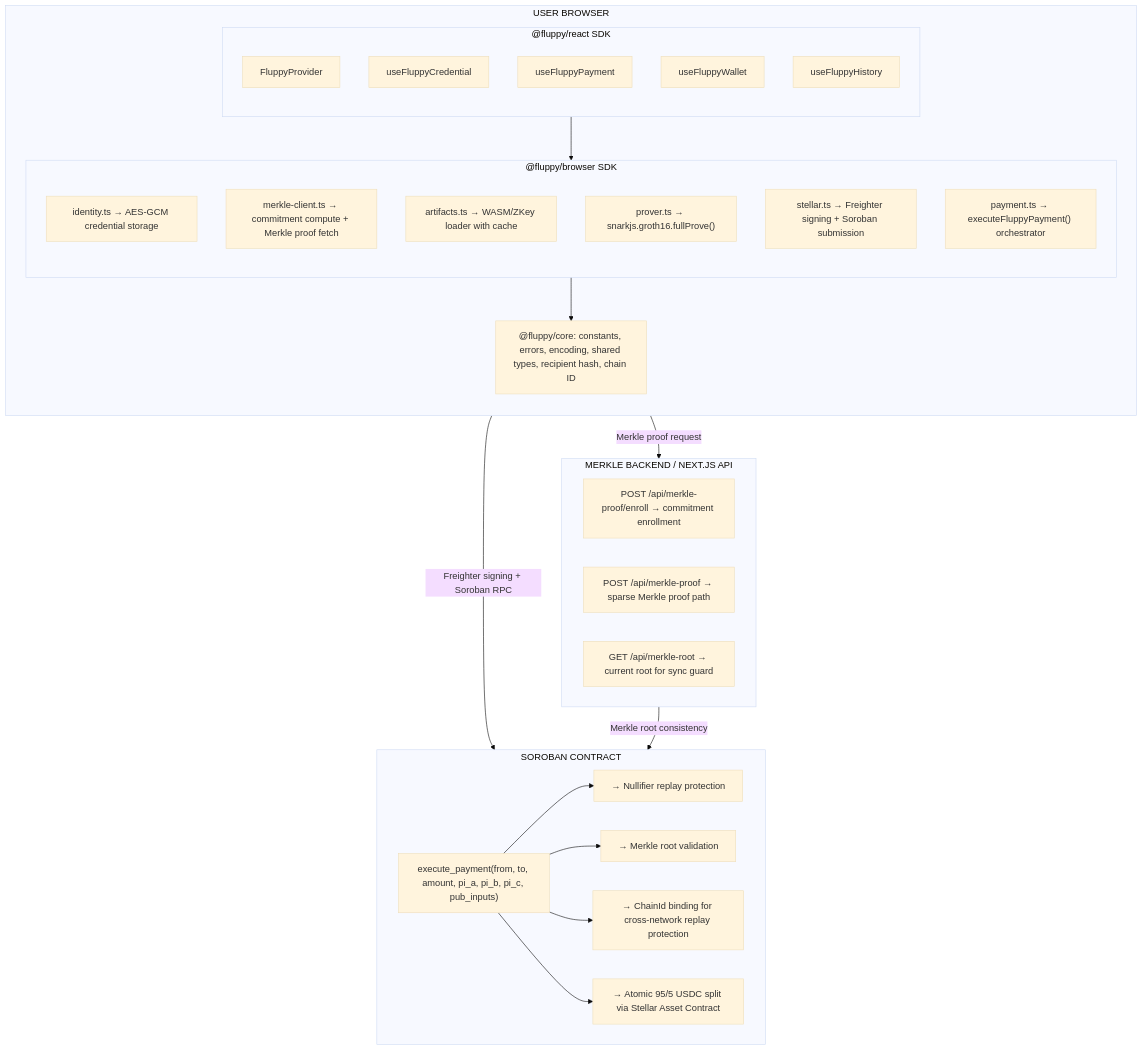
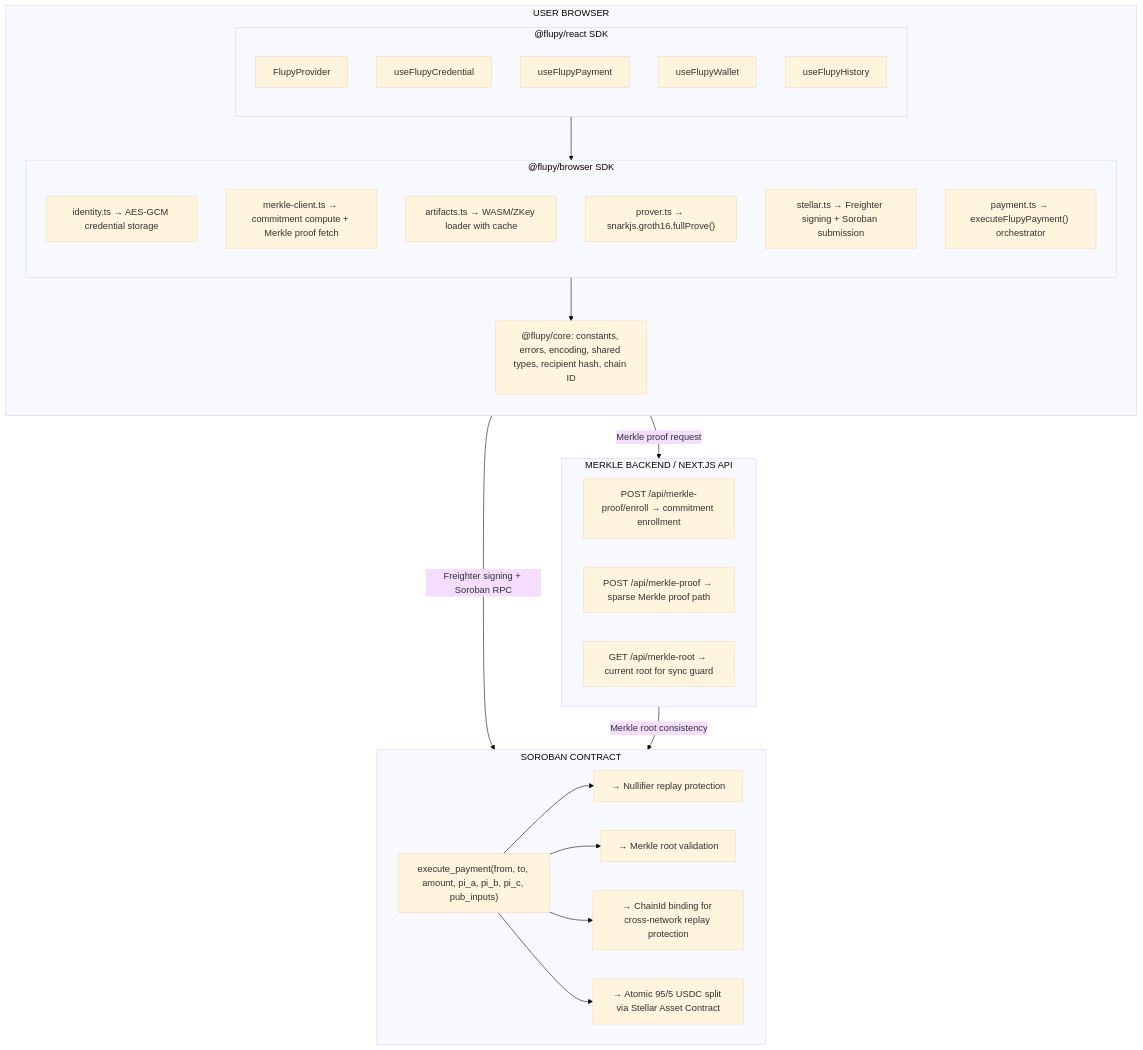
Before and after one commit to dzakwannajmi/flupy: the diagram in README.md, drawn with Mermaid (base theme). The commit also changed other lines of this file and 110 other files, not shown here.

Commit message:
chore: rename project branding and package scope from fluppy to flupy

````diff
--- a/README.md
+++ b/README.md
@@ -130,50 +130,50 @@
 ```mermaid
 graph TD
     subgraph Browser ["USER BROWSER"]
         direction TB
 
-        subgraph ReactSDK ["@fluppy/react SDK"]
+        subgraph ReactSDK ["@flupy/react SDK"]
             direction TB
-            R1["FluppyProvider"]
-            R2["useFluppyCredential"]
-            R3["useFluppyPayment"]
-            R4["useFluppyWallet"]
-            R5["useFluppyHistory"]
+            R1["FlupyProvider"]
+            R2["useFlupyCredential"]
+            R3["useFlupyPayment"]
+            R4["useFlupyWallet"]
+            R5["useFlupyHistory"]
         end
 
-        subgraph BrowserSDK ["@fluppy/browser SDK"]
+        subgraph BrowserSDK ["@flupy/browser SDK"]
             direction TB
             A["identity.ts → AES-GCM credential storage"]
             B["merkle-client.ts → commitment compute + Merkle proof fetch"]
             C["artifacts.ts → WASM/ZKey loader with cache"]
             D["prover.ts → snarkjs.groth16.fullProve()"]
             E["stellar.ts → Freighter signing + Soroban submission"]
-            F["payment.ts → executeFluppyPayment() orchestrator"]
+            F["payment.ts → executeFlupyPayment() orchestrator"]
         end
 
-        Core["@fluppy/core: constants, errors, encoding, shared types, recipient hash, chain ID"]
+        Core["@flupy/core: constants, errors, encoding, shared types, recipient hash, chain ID"]
 
         ReactSDK --> BrowserSDK
         BrowserSDK --> Core
     end
 
     Browser -- "Freighter signing + Soroban RPC" --> Contract
     Browser -- "Merkle proof request" --> Backend
 
     subgraph Backend ["MERKLE BACKEND / NEXT.JS API"]
         G["POST /api/merkle-proof/enroll → commitment enrollment"]
         H["POST /api/merkle-proof → sparse Merkle proof path"]
         I["GET /api/merkle-root → current root for sync guard"]
     end
 
     Backend -- "Merkle root consistency" --> Contract
 
     subgraph Contract ["SOROBAN CONTRACT"]
         J["execute_payment(from, to, amount, pi_a, pi_b, pi_c, pub_inputs)"]
         K["→ Nullifier replay protection"]
         L["→ Merkle root validation"]
         M["→ ChainId binding for cross-network replay protection"]
         N["→ Atomic 95/5 USDC split via Stellar Asset Contract"]
         J --> K & L & M & N
     end
 ```
````
